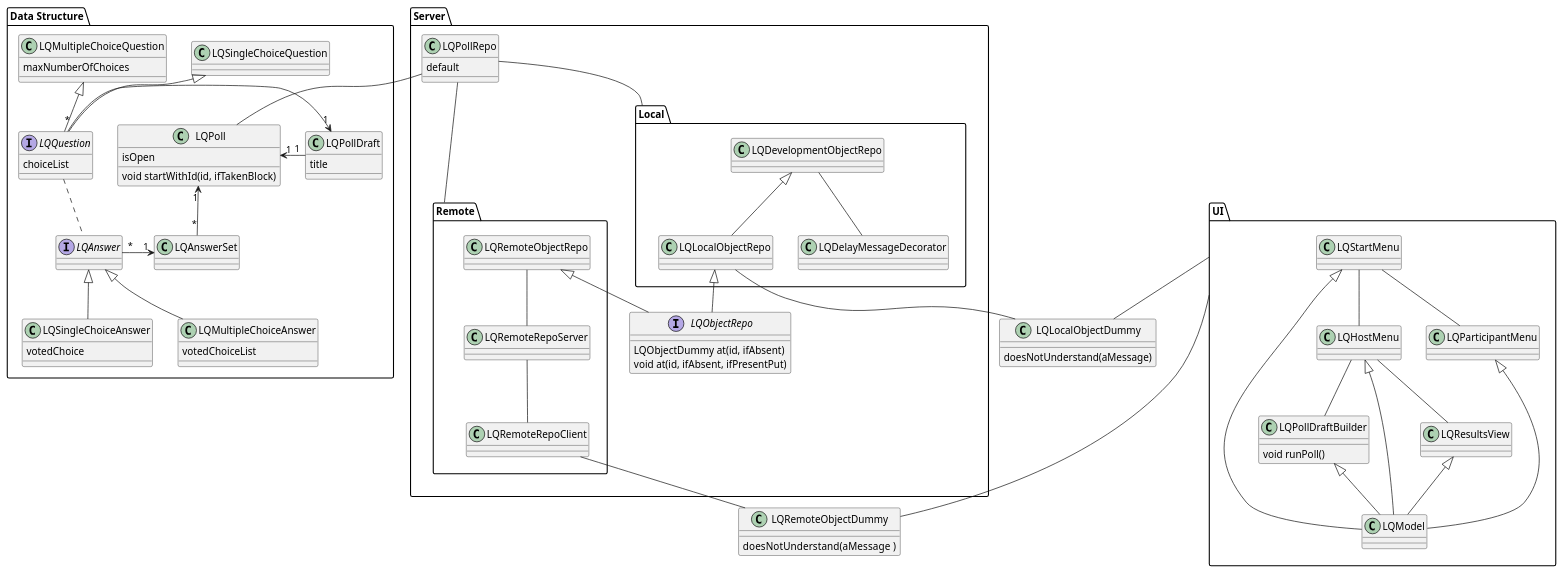
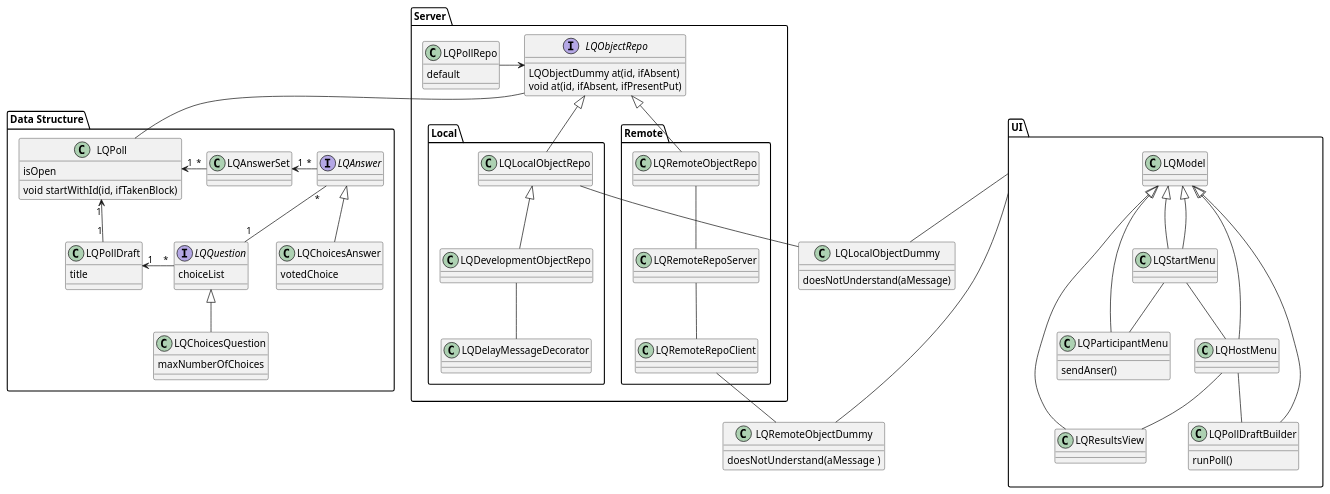
One commit to hpi-swa-teaching/Liquid changed the diagram in docs/class_diagram.wsd. Above: the diagram before and after it, drawn with PlantUML.

Commit message:
update class diagram, remove singlechoice and mutliplechoice

```diff
--- a/docs/class_diagram.wsd
+++ b/docs/class_diagram.wsd
@@ -1,105 +1,100 @@
 @startuml Liquid
 ' class LQDraftStore
 
 package "Data Structure" {
     class LQPoll  {
         isOpen
         void startWithId(id, ifTakenBlock)
     }
     LQPoll "1" <- "1" LQPollDraft
     class LQPollDraft {
         title
     }
     class LQAnswerSet
     LQPoll "1" <- "*" LQAnswerSet
     LQAnswerSet "1" <- "*" LQAnswer
     interface LQAnswer
-    class LQMultipleChoiceAnswer {
-        votedChoiceList
-    }
-    LQAnswer <|-- LQMultipleChoiceAnswer
-    class LQSingleChoiceAnswer {
+    class LQChoicesAnswer {
         votedChoice
     }
-    LQAnswer <|-- LQSingleChoiceAnswer
+    LQAnswer <|-- LQChoicesAnswer
 
     interface LQQuestion {
         choiceList
     }
     ' I chose * instead of 1 bc datastructure is there
     LQPollDraft "1" <- "*" LQQuestion
-    class LQSingleChoiceQuestion
-    LQSingleChoiceQuestion <|-- LQQuestion
-    class LQMultipleChoiceQuestion  {
+    class LQChoicesQuestion  {
         maxNumberOfChoices
     }
-    LQMultipleChoiceQuestion <|-- LQQuestion
-
-    LQQuestion .. LQAnswer
+    LQQuestion <|-- LQChoicesQuestion
+    LQAnswer "*" -- "1" LQQuestion
 }
 
 package Server {
     package Local {
         class LQLocalObjectRepo
         class LQDevelopmentObjectRepo
         class LQDelayMessageDecorator
-        LQDevelopmentObjectRepo <|-- LQLocalObjectRepo
+        LQLocalObjectRepo <|-- LQDevelopmentObjectRepo
         ' LQDelayMessageDecorator -- LQLocalObjectDummy
         LQDevelopmentObjectRepo -- LQDelayMessageDecorator
 
     }
     package Remote {
         class LQRemoteRepoClient
         class LQRemoteRepoServer
         class LQRemoteObjectRepo
         LQRemoteObjectRepo -- LQRemoteRepoServer
         LQRemoteRepoServer -- LQRemoteRepoClient
     }
     interface LQObjectRepo {
         LQObjectDummy at(id, ifAbsent)
         void at(id, ifAbsent, ifPresentPut)
     }
-    LQRemoteObjectRepo <|-- LQObjectRepo
-    LQLocalObjectRepo <|-- LQObjectRepo
+    LQObjectRepo <|-- LQRemoteObjectRepo
+    LQObjectRepo <|-- LQLocalObjectRepo
 
     class LQPollRepo {
         default
     }
-    LQPollRepo -- LQPoll
-    LQPollRepo -- Local
-    LQPollRepo -- Remote
+    LQObjectRepo -- LQPoll
+    LQPollRepo -> LQObjectRepo
 }
 
 class LQLocalObjectDummy {
     doesNotUnderstand(aMessage)
 }
 UI -- LQRemoteObjectDummy
 LQRemoteRepoClient -- LQRemoteObjectDummy
 UI -- LQLocalObjectDummy
 LQLocalObjectRepo -- LQLocalObjectDummy
 class LQRemoteObjectDummy {
     doesNotUnderstand(aMessage  )
 }
 
 package UI {
     class LQModel
     class LQHostMenu
-    LQHostMenu <|-- LQModel
+    LQModel <|-- LQHostMenu
     class LQStartMenu
-    LQStartMenu <|-- LQModel
+    LQModel <|-- LQStartMenu
     class LQResultsView
-    LQResultsView <|-- LQModel
-    class LQParticipantMenu
-    LQParticipantMenu <|-- LQModel
+    LQModel <|-- LQResultsView
+    LQStartMenu --|> LQModel
+    class LQParticipantMenu {
+        sendAnser()
+    }
+    LQParticipantMenu --|> LQModel
     class LQPollDraftBuilder {
-        void runPoll()
+        runPoll()
     }
-    LQPollDraftBuilder <|-- LQModel
+    LQPollDraftBuilder --|> LQModel
 
     LQStartMenu -- LQHostMenu
     LQStartMenu -- LQParticipantMenu
     LQHostMenu -- LQResultsView
     LQHostMenu -- LQPollDraftBuilder
 }
 
 @enduml
```
